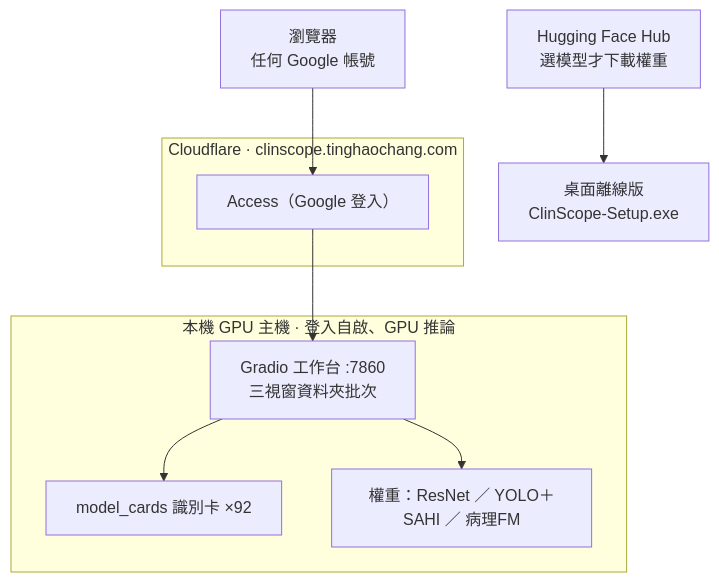
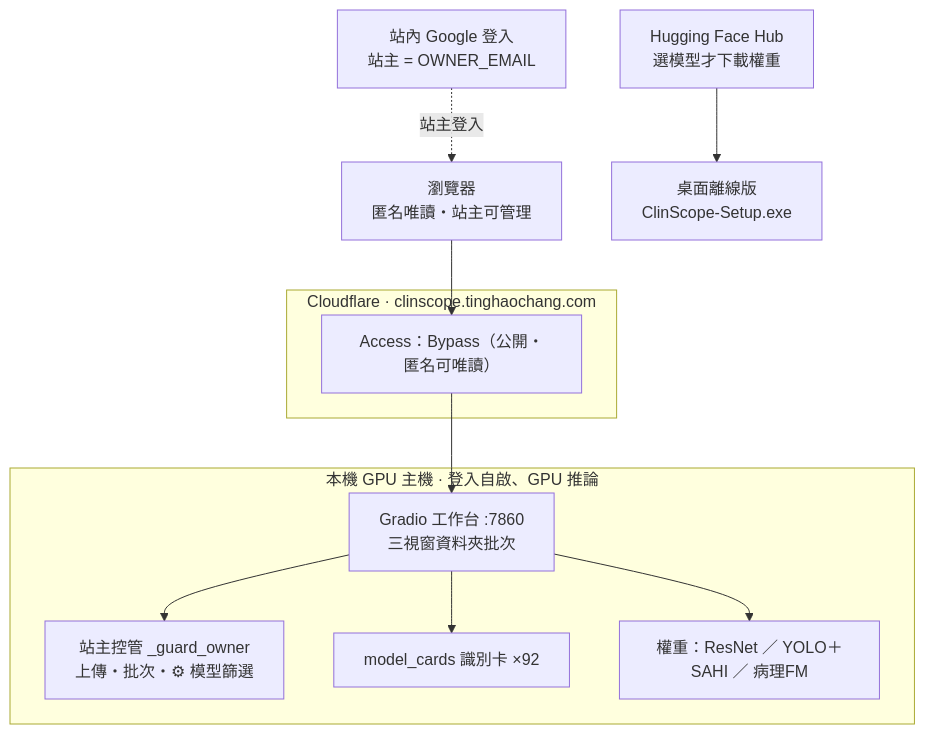
Before and after one commit to lisonchang80/ClinScope: the diagram in README.md, drawn with Mermaid. The commit also changed other lines of this file, not shown here.

Commit message:
docs(readme): 系統架構圖更新 — 反映公開站互動大改
Access 改 Bypass 公開匿名唯讀 + 站內 Google 登入（OWNER_EMAIL=站主）
+ 站主控管 _guard_owner + ⚙ 模型篩選 model_filter.json（套所有訪客）。

````diff
--- a/README.md
+++ b/README.md
@@ -10,21 +10,25 @@
 ```mermaid
 flowchart TB
-    B["瀏覽器<br/>任何 Google 帳號"]
+    B["瀏覽器<br/>匿名唯讀・站主可管理"]
+    GL["站內 Google 登入<br/>站主 = OWNER_EMAIL"]
     D["桌面離線版<br/>ClinScope-Setup.exe"]
     HF["Hugging Face Hub<br/>選模型才下載權重"]
 
     subgraph CF["Cloudflare · clinscope.tinghaochang.com"]
-        A["Access（Google 登入）"]
+        A["Access：Bypass（公開・匿名可唯讀）"]
     end
 
     subgraph HOST["本機 GPU 主機 · 登入自啟、GPU 推論"]
         G["Gradio 工作台 :7860<br/>三視窗資料夾批次"]
+        OWN["站主控管 _guard_owner<br/>上傳・批次・⚙ 模型篩選"]
         C["model_cards 識別卡 ×92"]
         W["權重：ResNet ／ YOLO＋SAHI ／ 病理FM"]
     end
 
+    GL -. 站主登入 .-> B
     B --> A --> G
+    G --> OWN
     G --> C
     G --> W
     HF --> D
 ```
````
